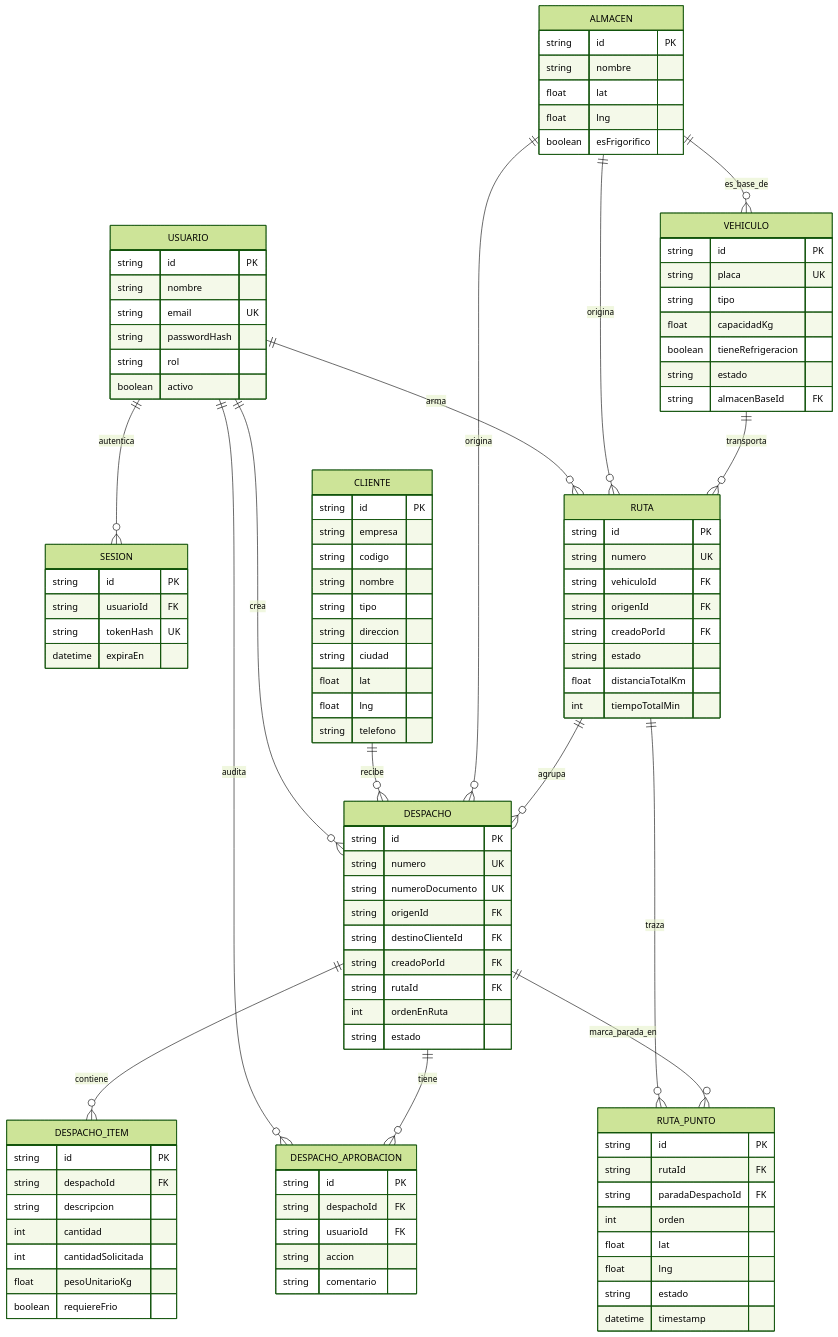
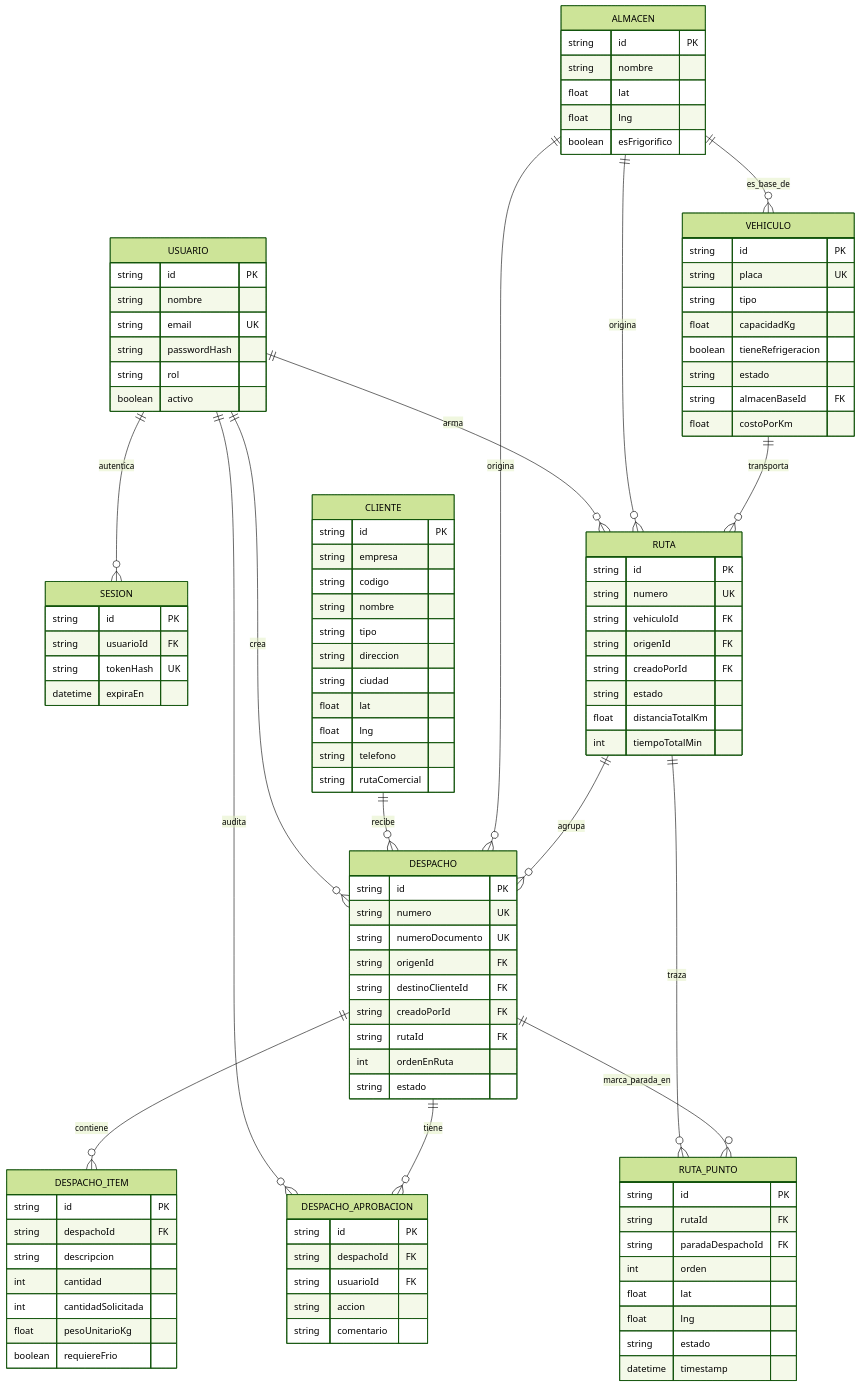
Before and after one commit to chivo1821/isvan_project: the diagram in docs/MODELO_DATOS.md, drawn with Mermaid (forest theme). The commit also changed other lines of this file and 29 other files, not shown here.

```diff
--- a/docs/MODELO_DATOS.md
+++ b/docs/MODELO_DATOS.md
@@ -63,6 +63,7 @@
         boolean tieneRefrigeracion
         string estado
         string almacenBaseId FK
+        float costoPorKm
     }
     CLIENTE {
         string id PK
@@ -75,6 +76,7 @@
         float lat
         float lng
         string telefono
+        string rutaComercial
     }
     DESPACHO {
         string id PK
```
